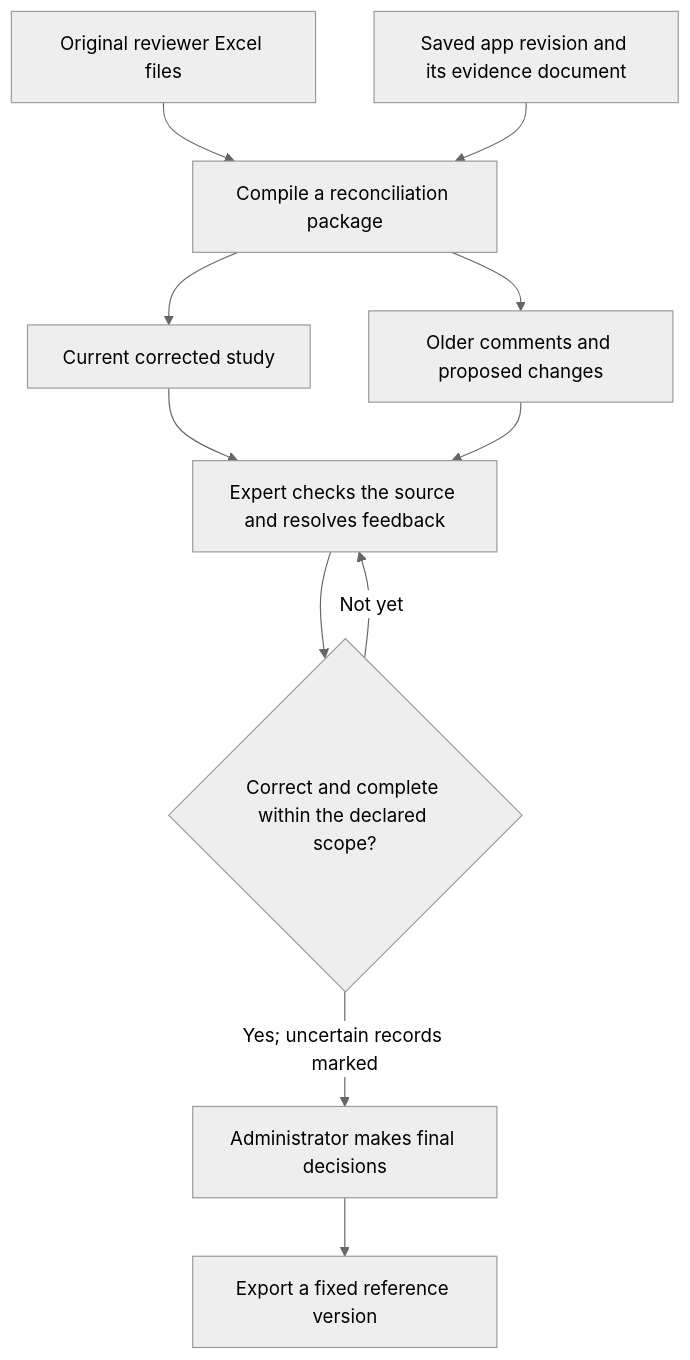
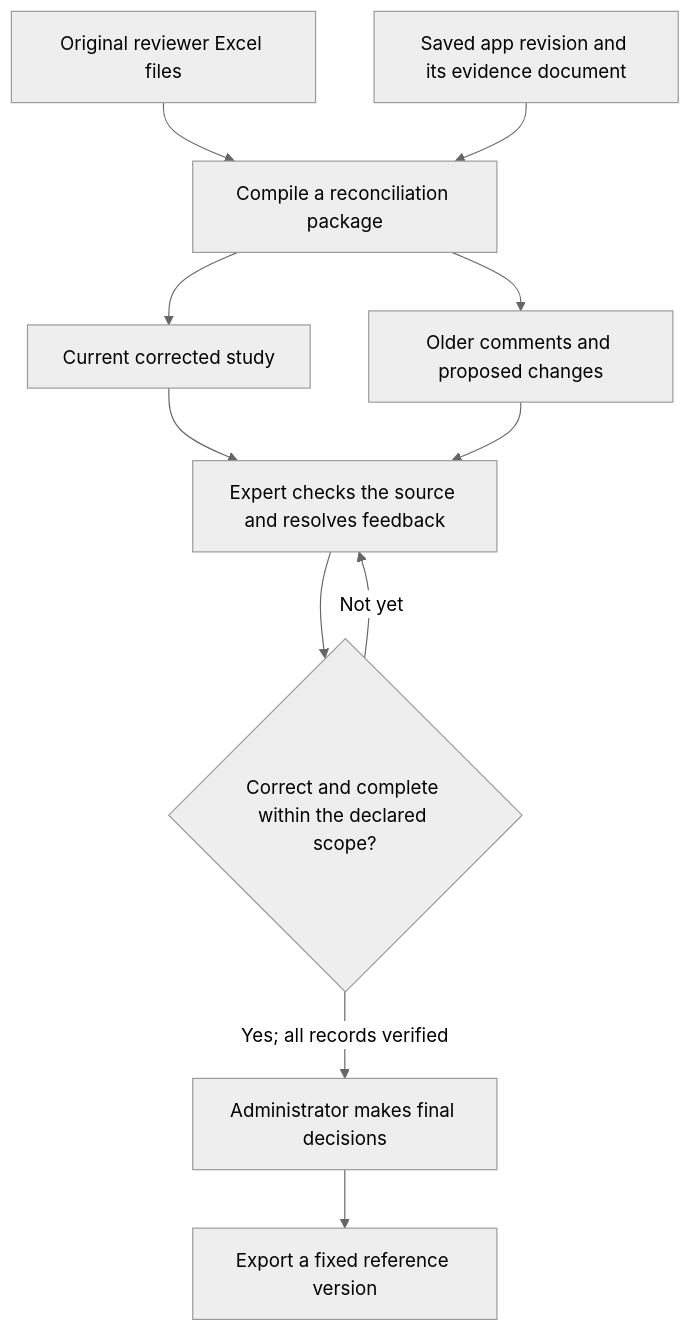
The first of 2 diagrams in docs/workflows/review-to-benchmark.md (lamalab-org/perla-extract), drawn with Mermaid (neutral theme) before and after one commit. The commit also changed other lines of this file and 15 other files, not shown here.

````diff
--- a/docs/workflows/review-to-benchmark.md
+++ b/docs/workflows/review-to-benchmark.md
@@ -18,13 +18,13 @@
 ```mermaid
 flowchart TD
     A[Original reviewer Excel files] --> C[Compile a reconciliation package]
     B[Saved app revision and its evidence document] --> C
     C --> D[Current corrected study]
     C --> E[Older comments and proposed changes]
     D --> F[Expert checks the source and resolves feedback]
     E --> F
     F --> G{Correct and complete within the declared scope?}
     G -->|Not yet| F
-    G -->|Yes; uncertain records marked| H[Administrator makes final decisions]
+    G -->|Yes; all records verified| H[Administrator makes final decisions]
     H --> I[Export a fixed reference version]
 ```
````
